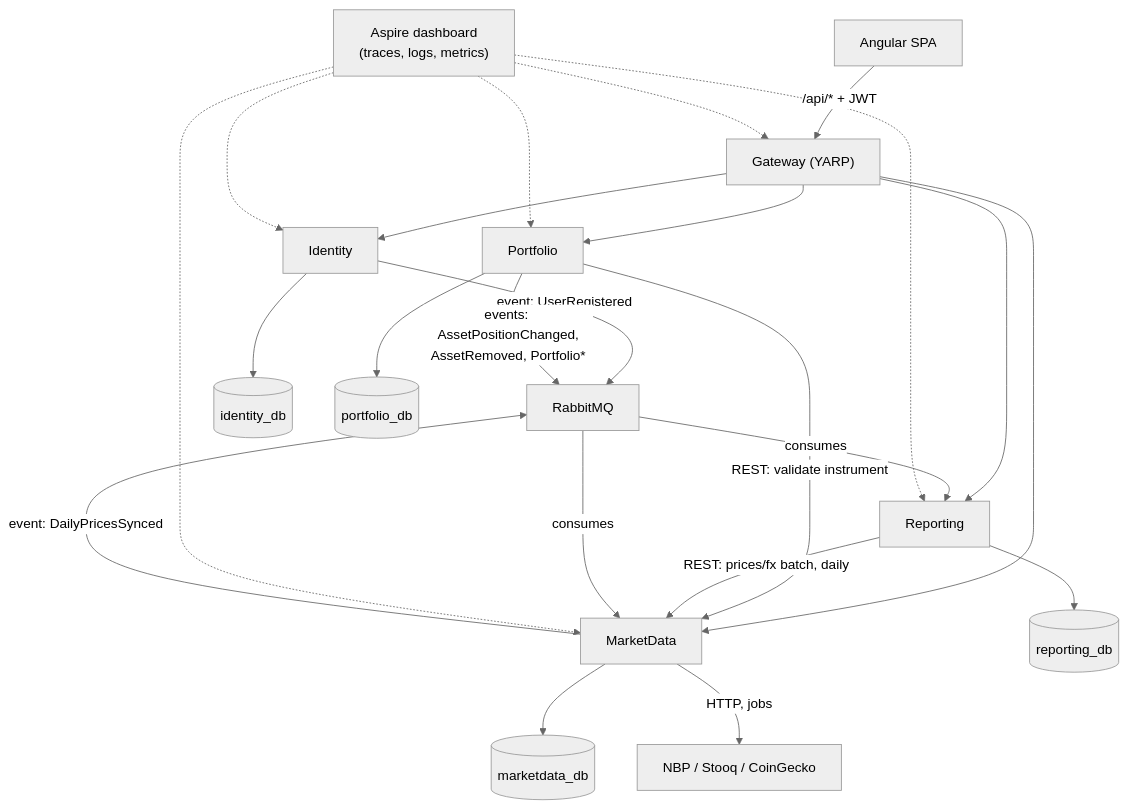
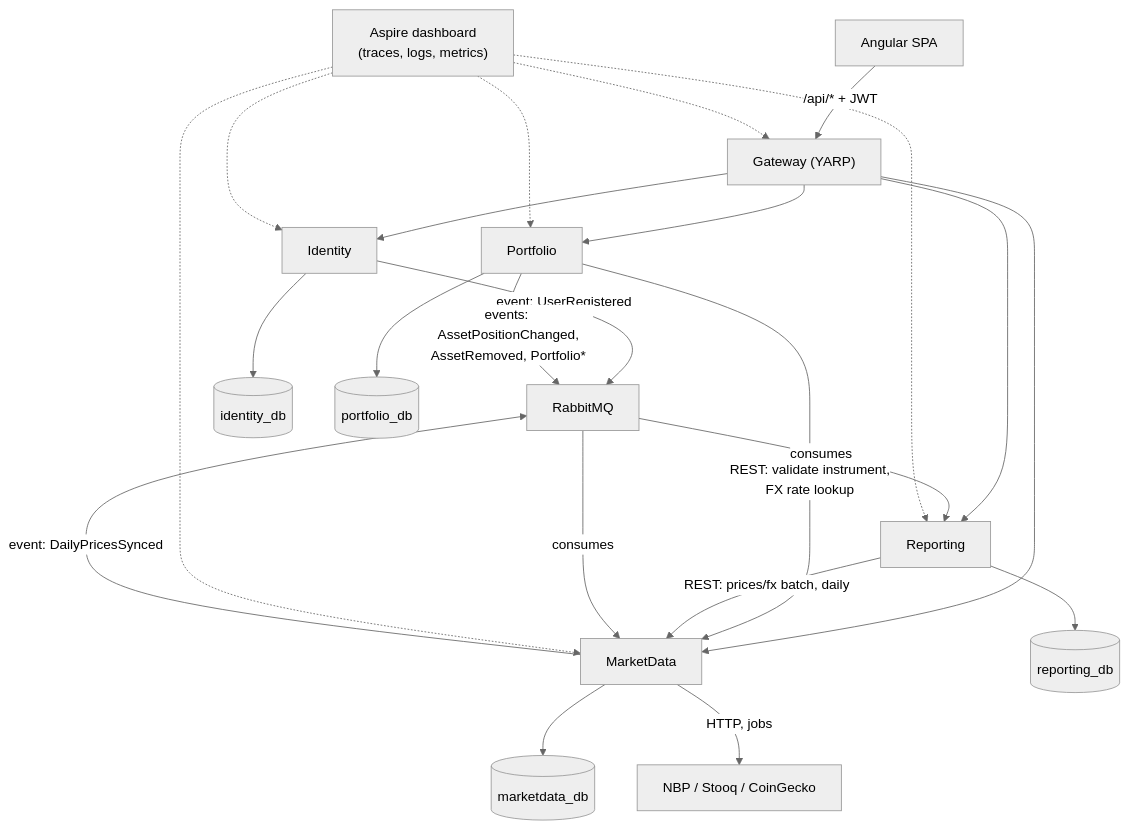
One commit to Maliniak93/FinMel changed the second of 6 diagrams in skarbiec-plan/architecture.md. Above: the diagram before and after it, drawn with Mermaid (neutral theme). The commit also changed other lines of this file and 78 other files, not shown here.

````diff
--- a/skarbiec-plan/architecture.md
+++ b/skarbiec-plan/architecture.md
@@ -76,27 +76,27 @@
 ```mermaid
 flowchart TB
     SPA["Angular SPA"] -->|"/api/* + JWT"| GW["Gateway (YARP)"]
     GW --> ID["Identity"]
     GW --> PF["Portfolio"]
     GW --> MD["MarketData"]
     GW --> RP["Reporting"]
 
-    PF -->|"REST: validate instrument"| MD
+    PF -->|"REST: validate instrument,<br/>FX rate lookup"| MD
     RP -->|"REST: prices/fx batch, daily"| MD
 
     ID -->|"event: UserRegistered"| MQ["RabbitMQ"]
     PF -->|"events: AssetPositionChanged,<br/>AssetRemoved, Portfolio*"| MQ
     MD -->|"event: DailyPricesSynced"| MQ
     MQ -->|consumes| MD
     MQ -->|consumes| RP
 
     ID --> IDB[("identity_db")]
     PF --> PDB[("portfolio_db")]
     MD --> MDB[("marketdata_db")]
     RP --> RDB[("reporting_db")]
 
     MD -->|"HTTP, jobs"| EXT["NBP / Stooq / CoinGecko"]
 
     ASPIRE["Aspire dashboard<br/>(traces, logs, metrics)"]
     ASPIRE -.-> GW & ID & PF & MD & RP
 ```
````
